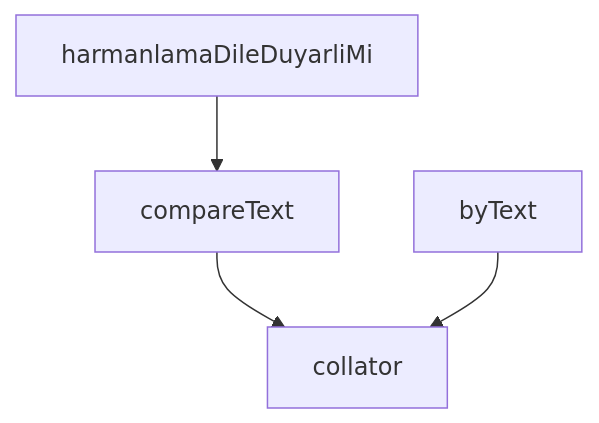
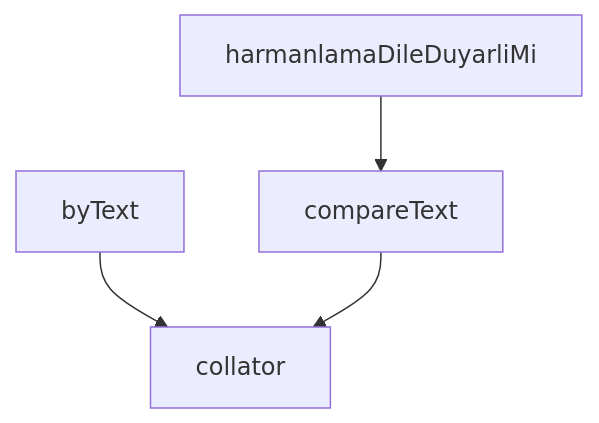
The diagram in src/i18n/sort.md (peckop/venthub-hvac-esite), drawn with Mermaid before and after one commit. The commit also changed other lines of this file and 72 other files, not shown here.

````diff
--- a/src/i18n/sort.md
+++ b/src/i18n/sort.md
@@ -114,10 +114,10 @@
 ```mermaid
 graph TD
     sort_ts__byText["byText"]
     sort_ts__collator["collator"]
     sort_ts__compareText["compareText"]
     sort_ts__harmanlamaDileDuyarliMi["harmanlamaDileDuyarliMi"]
+    sort_ts__byText --> sort_ts__collator
+    sort_ts__harmanlamaDileDuyarliMi --> sort_ts__compareText
     sort_ts__compareText --> sort_ts__collator
-    sort_ts__harmanlamaDileDuyarliMi --> sort_ts__compareText
-    sort_ts__byText --> sort_ts__collator
 ```
````
